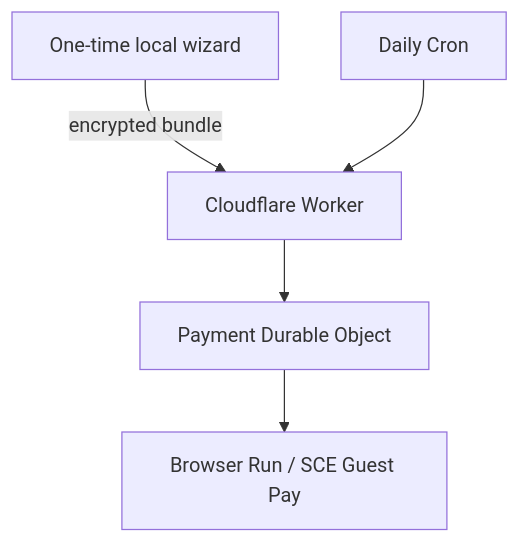
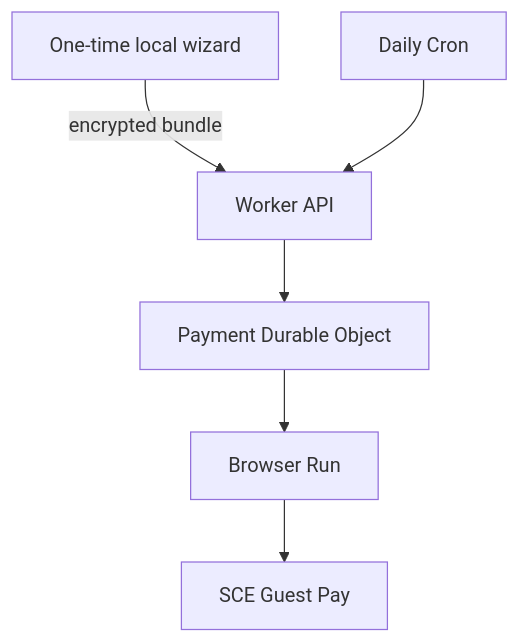
The diagram in docs/architecture.md (neuralnexus/sce-pay), drawn with Mermaid before and after one commit. The commit also changed other lines of this file and 41 other files, not shown here.

````diff
--- a/docs/architecture.md
+++ b/docs/architecture.md
@@ -9,7 +9,8 @@
 ```mermaid
 flowchart TD
-    A["One-time local wizard"] -->|"encrypted bundle"| B["Cloudflare Worker"]
+    A["One-time local wizard"] -->|"encrypted bundle"| B["Worker API"]
     C["Daily Cron"] --> B
     B --> D["Payment Durable Object"]
-    D --> E["Browser Run / SCE Guest Pay"]
+    D --> E["Browser Run"]
+    E --> F["SCE Guest Pay"]
 ```
````
